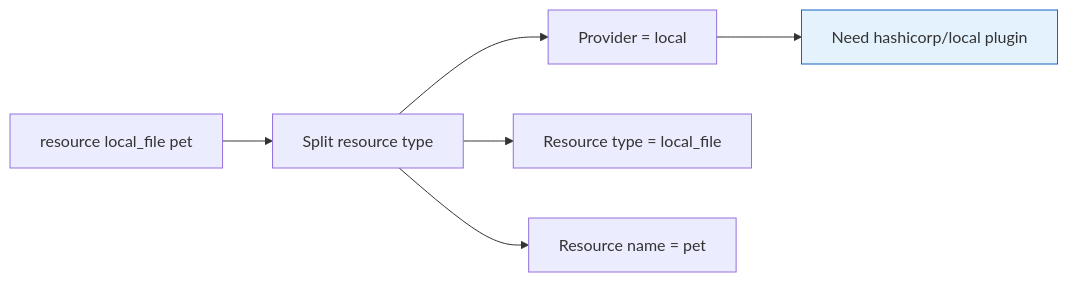
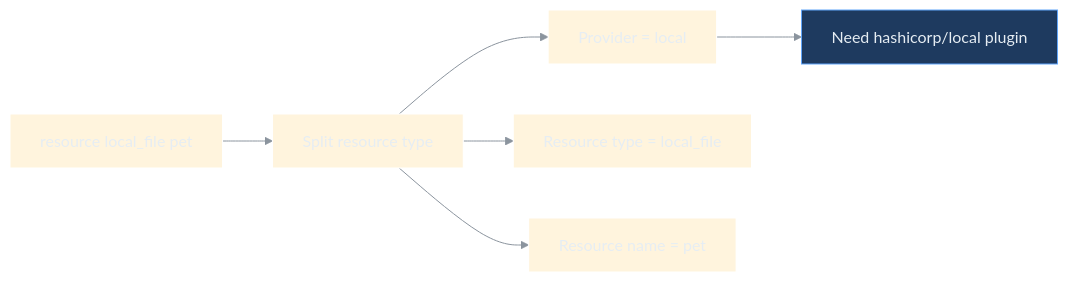
Before and after one commit to nirajp82/Terraform_Basics: the second of 9 diagrams in 04_Core_Terraform_Basics/01_Terraform_Provider.md, drawn with Mermaid. The commit also changed other lines of this file and 1 other file, not shown here.

Commit message:
Update Diagram

````diff
--- a/04_Core_Terraform_Basics/01_Terraform_Provider.md
+++ b/04_Core_Terraform_Basics/01_Terraform_Provider.md
@@ -51,10 +54,12 @@
 ```mermaid
+%%{init: {'theme': 'base', 'themeVariables': {'darkMode': true, 'background': 'transparent', 'primaryTextColor': '#e6edf3', 'lineColor': '#8b949e'}}}%%
 flowchart LR
     CODE["resource local_file pet"] --> SPLIT["Split resource type"]
     SPLIT --> PROV["Provider = local"]
     SPLIT --> RESTYPE["Resource type = local_file"]
     SPLIT --> NAME["Resource name = pet"]
     PROV --> NEED["Need hashicorp/local plugin"]
 
-    style NEED fill:#e3f2fd,stroke:#1565c0
+    classDef info fill:#1e3a5f,stroke:#60a5fa,color:#e6edf3
+    class NEED info
 ```
````
